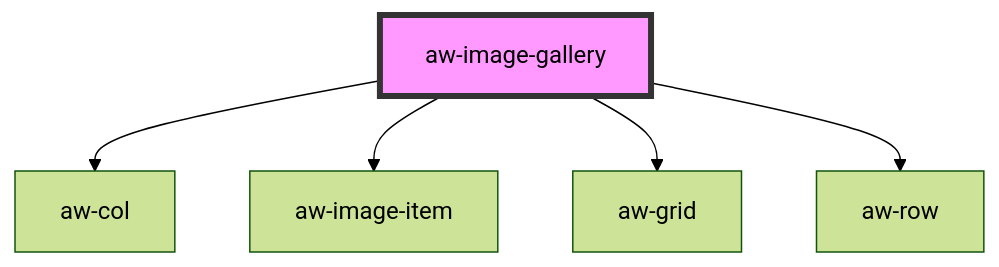
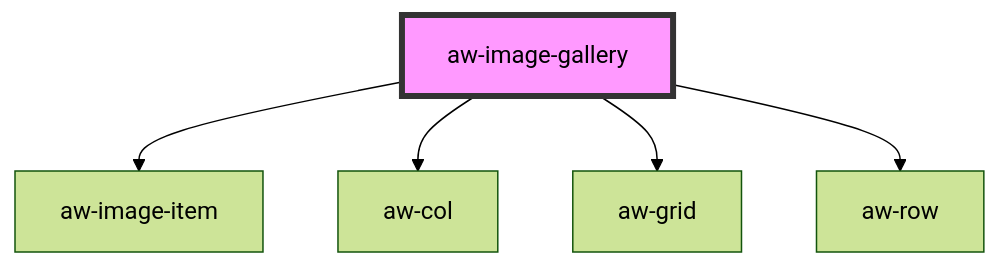
Before and after one commit to mergin/universal-design-system: the diagram in src/components/image-gallery/aw-image-gallery/readme.md, drawn with Mermaid (forest theme). The commit also changed other lines of this file and 2 other files, not shown here.

Commit message:
feat(gallery): added modal

````diff
--- a/src/components/image-gallery/aw-image-gallery/readme.md
+++ b/src/components/image-gallery/aw-image-gallery/readme.md
@@ -18,8 +18,8 @@
 ```mermaid
 graph TD;
+  aw-image-gallery --> aw-image-item
   aw-image-gallery --> aw-col
-  aw-image-gallery --> aw-image-item
   aw-image-gallery --> aw-grid
   aw-image-gallery --> aw-row
   style aw-image-gallery fill:#f9f,stroke:#333,stroke-width:4px
 ```
````
